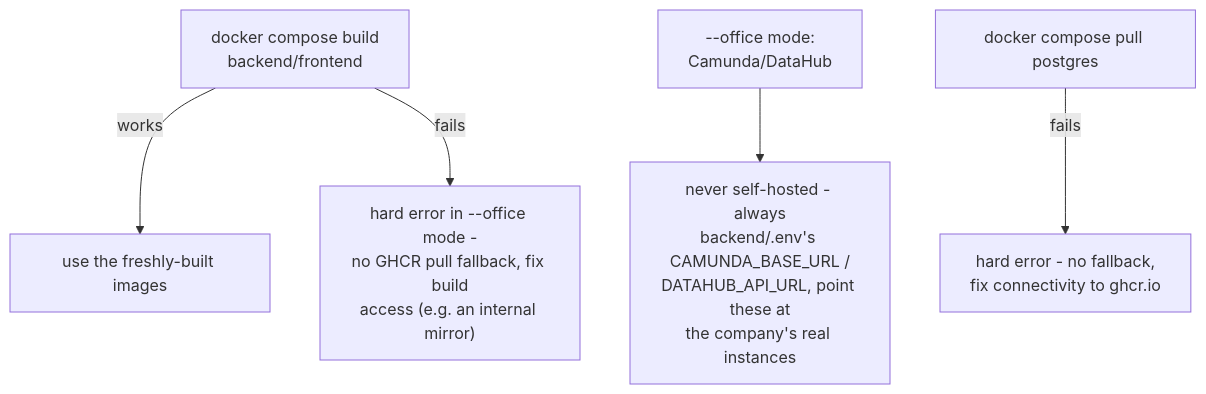
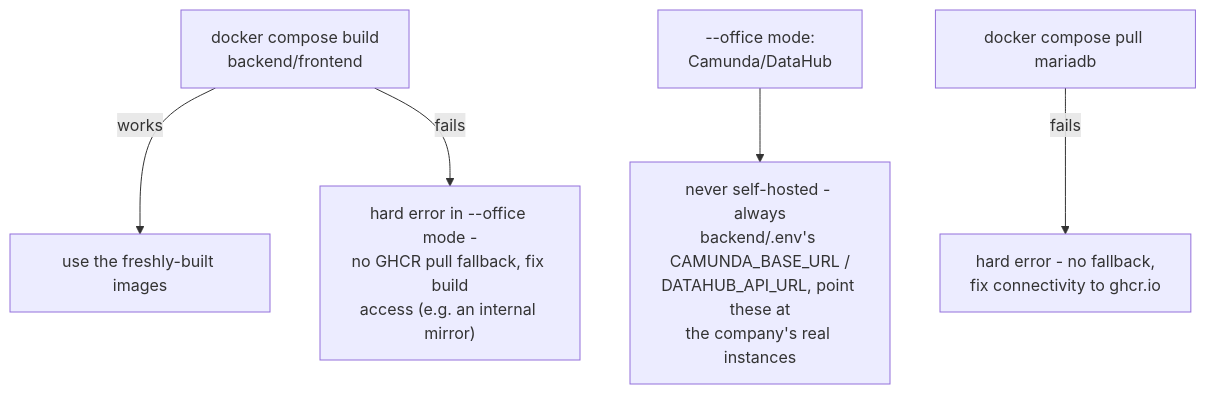
The third of 3 diagrams in README.md (mail2yee/intelligent-data-governance-agent-onprem), drawn with Mermaid before and after one commit. The commit also changed other lines of this file and 16 other files, not shown here.

````diff
--- a/README.md
+++ b/README.md
@@ -276,7 +279,7 @@
 ```mermaid
 flowchart TD
     A["docker compose build\nbackend/frontend"] -->|works| Z1["use the freshly-built images"]
     A -->|fails| F1["hard error in --office mode -\nno GHCR pull fallback, fix build\naccess (e.g. an internal mirror)"]
     B["--office mode:\nCamunda/DataHub"] --> Z2["never self-hosted - always\nbackend/.env's CAMUNDA_BASE_URL /\nDATAHUB_API_URL, point these at\nthe company's real instances"]
-    E["docker compose pull postgres"] -->|fails| F2["hard error - no fallback,\nfix connectivity to ghcr.io"]
+    E["docker compose pull mariadb"] -->|fails| F2["hard error - no fallback,\nfix connectivity to ghcr.io"]
 ```
````
